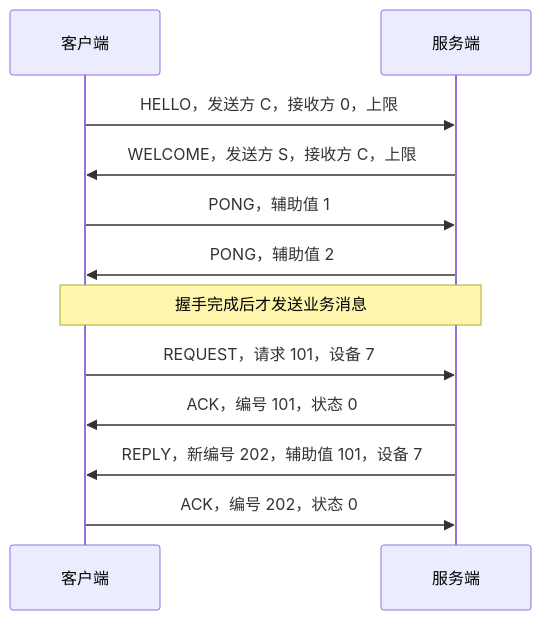
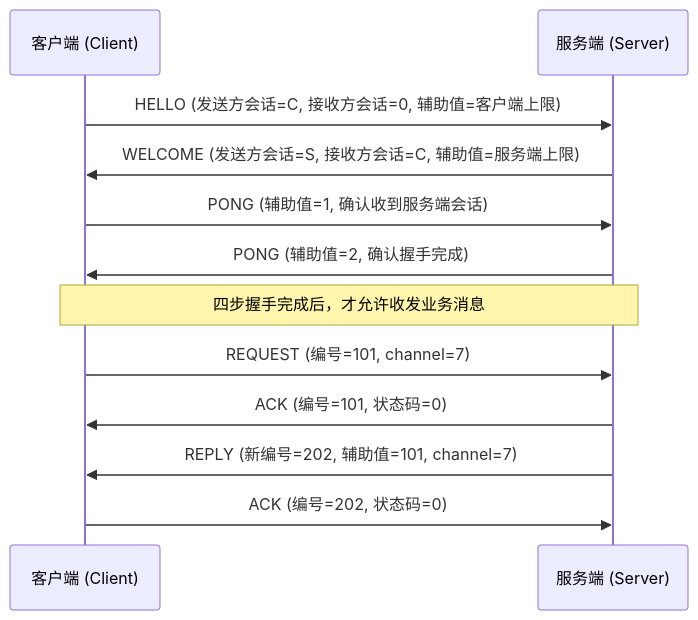
One commit to HuangX666/hx_c_platform changed the second of 2 diagrams in docs/IPC.zh-CN.md. Above: the diagram before and after it, drawn with Mermaid. The commit also changed other lines of this file and 135 other files, not shown here.

````diff
--- a/docs/IPC.zh-CN.md
+++ b/docs/IPC.zh-CN.md
@@ -275,14 +302,14 @@
 ```mermaid
 sequenceDiagram
-    participant C as 客户端
-    participant S as 服务端
-    C->>S: HELLO，发送方 C，接收方 0，上限
-    S->>C: WELCOME，发送方 S，接收方 C，上限
-    C->>S: PONG，辅助值 1
-    S->>C: PONG，辅助值 2
-    Note over C,S: 握手完成后才发送业务消息
-    C->>S: REQUEST，请求 101，设备 7
-    S->>C: ACK，编号 101，状态 0
-    S->>C: REPLY，新编号 202，辅助值 101，设备 7
-    C->>S: ACK，编号 202，状态 0
+    participant C as 客户端 (Client)
+    participant S as 服务端 (Server)
+    C->>S: HELLO (发送方会话=C, 接收方会话=0, 辅助值=客户端上限)
+    S->>C: WELCOME (发送方会话=S, 接收方会话=C, 辅助值=服务端上限)
+    C->>S: PONG (辅助值=1, 确认收到服务端会话)
+    S->>C: PONG (辅助值=2, 确认握手完成)
+    Note over C,S: 四步握手完成后，才允许收发业务消息
+    C->>S: REQUEST (编号=101, channel=7)
+    S->>C: ACK (编号=101, 状态码=0)
+    S->>C: REPLY (新编号=202, 辅助值=101, channel=7)
+    C->>S: ACK (编号=202, 状态码=0)
 ```
````
